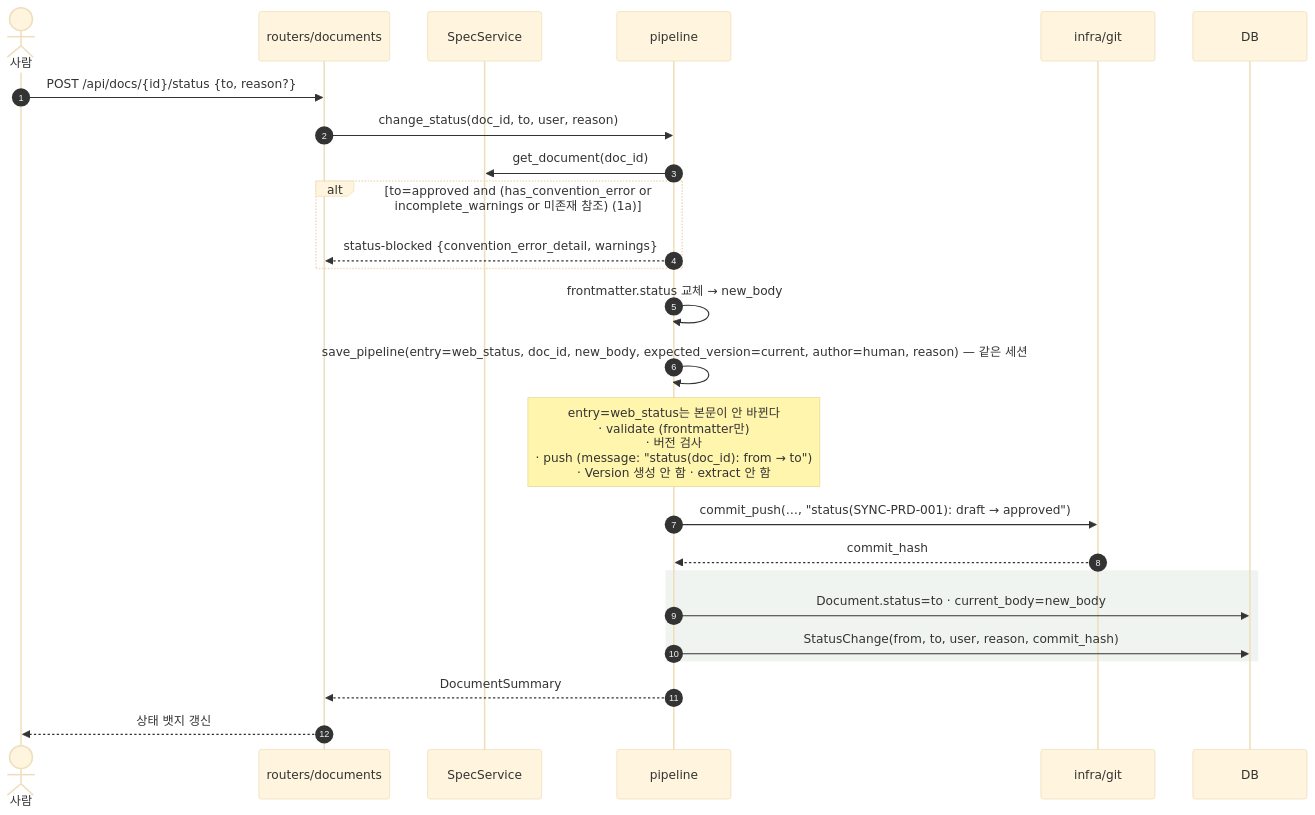
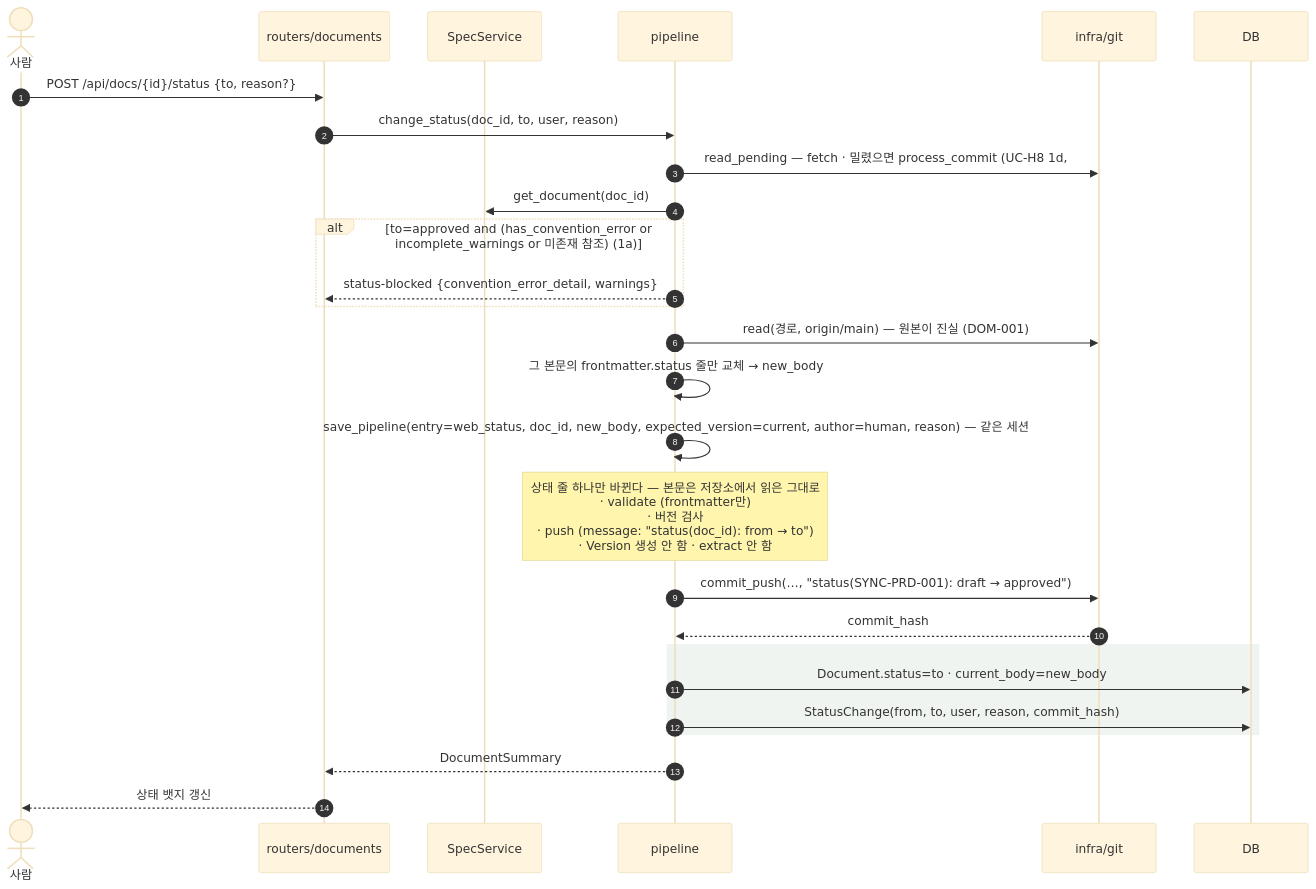
The fourth of 22 diagrams in docs/specs/09-SEQ/SYNC-SEQ-001.md (HoyoungParkme/syncdoc), drawn with Mermaid (base theme) before and after one commit. The commit also changed other lines of this file and 10 other files, not shown here.

````diff
--- a/docs/specs/09-SEQ/SYNC-SEQ-001.md
+++ b/docs/specs/09-SEQ/SYNC-SEQ-001.md
@@ -325,28 +325,30 @@
 ```mermaid
 sequenceDiagram
     autonumber
     actor U as 사람
     participant RD as routers/documents
     participant S as SpecService
     participant P as pipeline
     participant G as infra/git
     participant DB
 
     U->>RD: POST /api/docs/{id}/status {to, reason?}
     RD->>P: change_status(doc_id, to, user, reason)
+    P->>G: read_pending — fetch · 밀렸으면 process_commit (UC-H8 1d, #137)
     P->>S: get_document(doc_id)
     alt to=approved and (has_convention_error or incomplete_warnings or 미존재 참조) (1a)
         P-->>RD: status-blocked {convention_error_detail, warnings}
     end
-    P->>P: frontmatter.status 교체 → new_body
+    P->>G: read(경로, origin/main) — 원본이 진실 (DOM-001)
+    P->>P: 그 본문의 frontmatter.status 줄만 교체 → new_body
     P->>P: save_pipeline(entry=web_status, doc_id, new_body, expected_version=current, author=human, reason) — 같은 세션
-    Note over P: entry=web_status는 본문이 안 바뀐다<br/>· validate (frontmatter만)<br/>· 버전 검사<br/>· push (message: "status(doc_id): from → to")<br/>· Version 생성 안 함 · extract 안 함
+    Note over P: 상태 줄 하나만 바뀐다 — 본문은 저장소에서 읽은 그대로<br/>· validate (frontmatter만)<br/>· 버전 검사<br/>· push (message: "status(doc_id): from → to")<br/>· Version 생성 안 함 · extract 안 함
     P->>G: commit_push(…, "status(SYNC-PRD-001): draft → approved")
     G-->>P: commit_hash
     rect rgb(240,244,240)
         P->>DB: Document.status=to · current_body=new_body
         P->>DB: StatusChange(from, to, user, reason, commit_hash)
     end
     P-->>RD: DocumentSummary
     RD-->>U: 상태 뱃지 갱신
 ```
````
